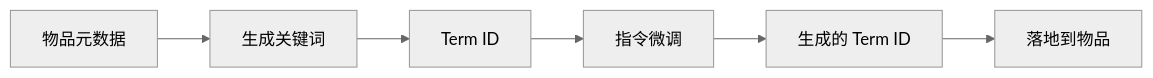
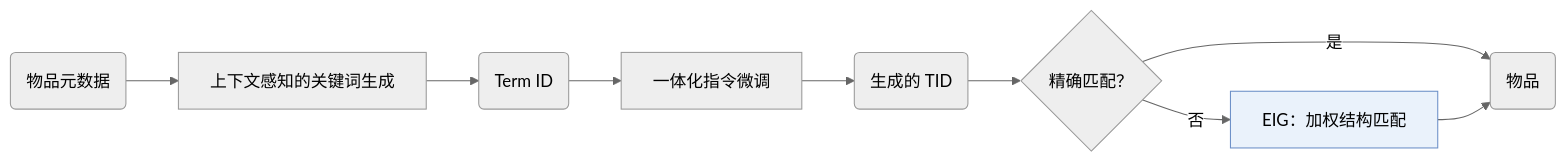
One commit to Galaxy-ghost/Awesome-SID-Generative-Rec changed the diagram in notes/zh/grlm.md. Above: the diagram before and after it, drawn with Mermaid (neutral theme). The commit also changed 521 other files, not shown here.

Commit message:
writer-04 part 3: algorithm diagrams with shared shape conventions, README hero and paper cards, archive removed

````diff
--- a/notes/zh/grlm.md
+++ b/notes/zh/grlm.md
@@ -13,8 +13,12 @@
 ```mermaid
 flowchart LR
-    A[物品元数据] --> B[生成关键词]
-    B --> C[Term ID]
-    C --> D[指令微调]
-    D --> E[生成的 Term ID]
-    E --> F[落地到物品]
+    A("物品元数据") --> B["上下文感知的关键词生成"]
+    B --> C("Term ID")
+    C --> D["一体化指令微调"]
+    D --> E("生成的 TID")
+    E --> F{"精确匹配？"}
+    F -->|是| G("物品")
+    F -->|否| H["EIG：加权结构匹配"]:::key
+    H --> G
+    classDef key fill:#eaf2fb,stroke:#6b8fc7
 ```
````
